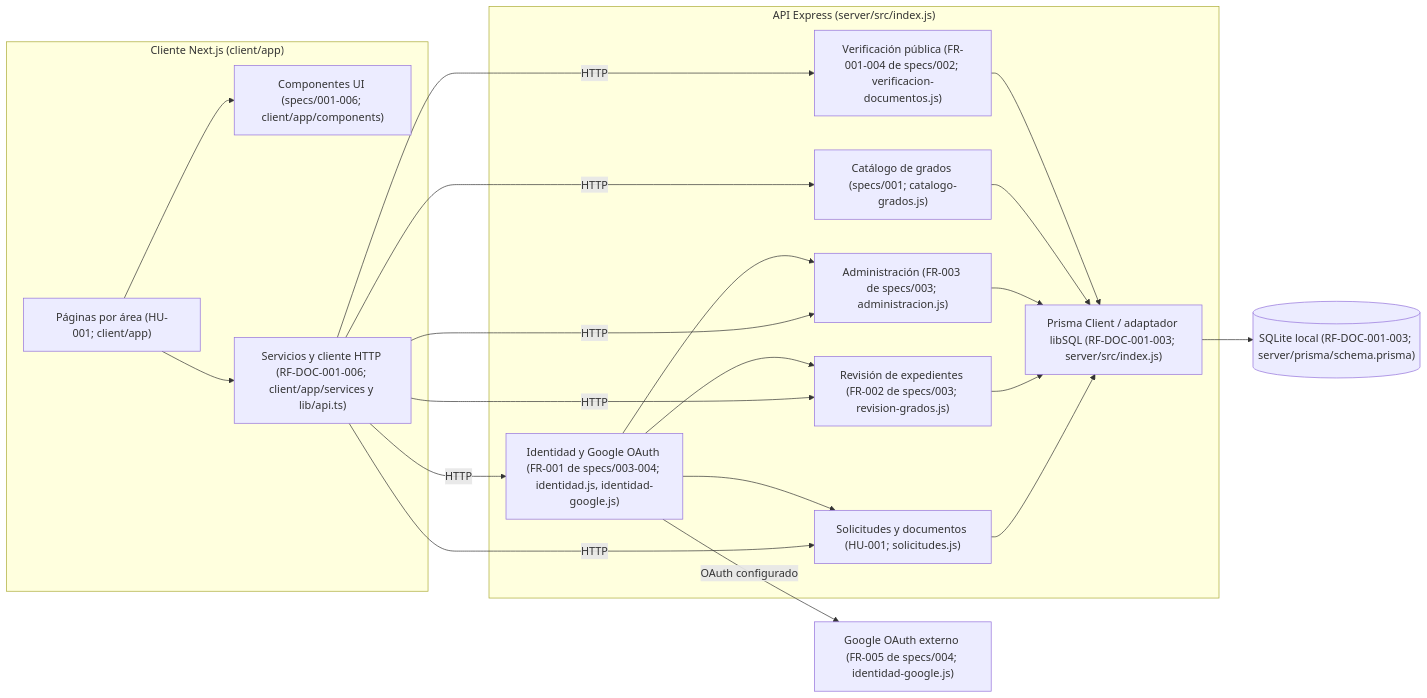
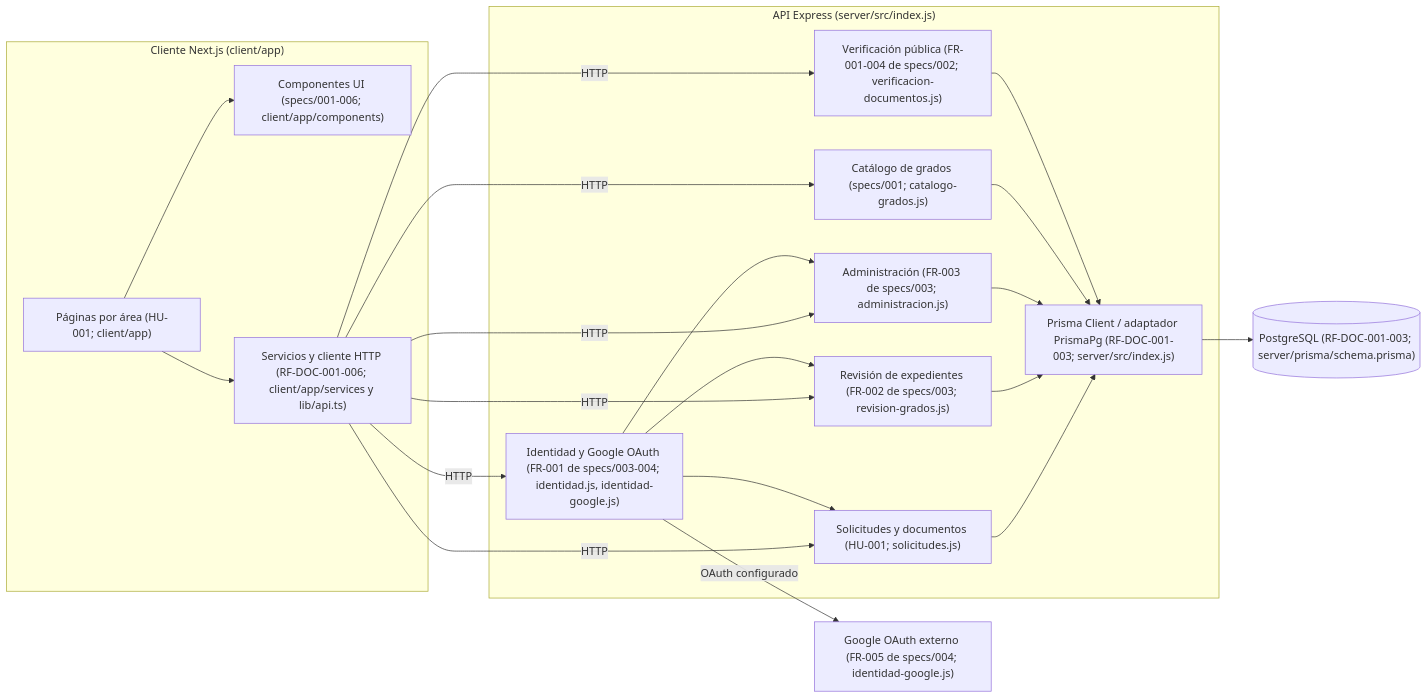
Before and after one commit to wuillpillaca27-crypto/SIGEP-UNSCH: the diagram in docs/04-modelo-c4/Nivel3-Diagrama-de-Componentes.md, drawn with Mermaid. The commit also changed other lines of this file and 21 other files, not shown here.

Commit message:
feat(db): establish PostgreSQL schema and runtime

````diff
--- a/docs/04-modelo-c4/Nivel3-Diagrama-de-Componentes.md
+++ b/docs/04-modelo-c4/Nivel3-Diagrama-de-Componentes.md
@@ -9,40 +9,40 @@
 ```mermaid
 flowchart LR
   subgraph Cliente["Cliente Next.js (client/app)"]
     Paginas["Páginas por área (HU-001; client/app)"]
     UI["Componentes UI (specs/001-006; client/app/components)"]
     Servicios["Servicios y cliente HTTP (RF-DOC-001-006; client/app/services y lib/api.ts)"]
   end
 
   subgraph Servidor["API Express (server/src/index.js)"]
     Identidad["Identidad y Google OAuth (FR-001 de specs/003-004; identidad.js, identidad-google.js)"]
     Solicitudes["Solicitudes y documentos (HU-001; solicitudes.js)"]
     Revision["Revisión de expedientes (FR-002 de specs/003; revision-grados.js)"]
     Administracion["Administración (FR-003 de specs/003; administracion.js)"]
     Catalogo["Catálogo de grados (specs/001; catalogo-grados.js)"]
     Verificacion["Verificación pública (FR-001-004 de specs/002; verificacion-documentos.js)"]
-    Prisma["Prisma Client / adaptador libSQL (RF-DOC-001-003; server/src/index.js)"]
+    Prisma["Prisma Client / adaptador PrismaPg (RF-DOC-001-003; server/src/index.js)"]
   end
 
-  SQLite[("SQLite local (RF-DOC-001-003; server/prisma/schema.prisma)")]
+  PostgreSQL[("PostgreSQL (RF-DOC-001-003; server/prisma/schema.prisma)")]
   Google["Google OAuth externo (FR-005 de specs/004; identidad-google.js)"]
 
   Paginas --> UI
   Paginas --> Servicios
   Servicios -->|"HTTP"| Identidad
   Servicios -->|"HTTP"| Solicitudes
   Servicios -->|"HTTP"| Revision
   Servicios -->|"HTTP"| Administracion
   Servicios -->|"HTTP"| Catalogo
   Servicios -->|"HTTP"| Verificacion
   Identidad --> Solicitudes
   Identidad --> Revision
   Identidad --> Administracion
   Identidad -->|"OAuth configurado"| Google
   Solicitudes --> Prisma
   Revision --> Prisma
   Administracion --> Prisma
   Catalogo --> Prisma
   Verificacion --> Prisma
-  Prisma --> SQLite
+  Prisma --> PostgreSQL
 ```
````
